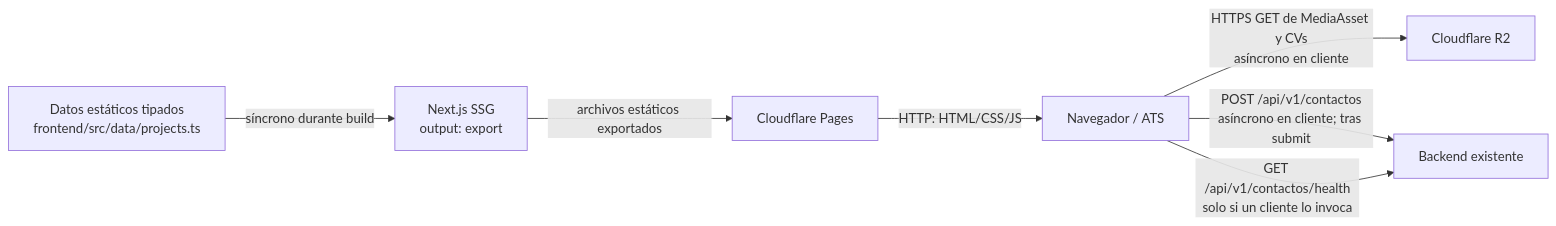
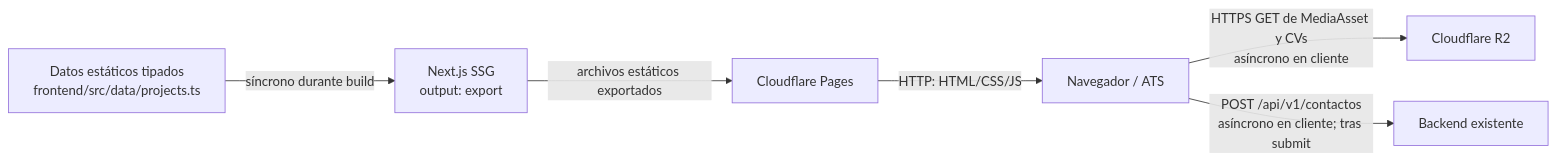
One commit to Alberto-Zompantzi/Portfolio changed the diagram in docs/architecture/ARCHITECTURE.md. Above: the diagram before and after it, drawn with Mermaid. The commit also changed other lines of this file and 3 other files, not shown here.

Commit message:
docs: add ADR-0004 for D-05 and freeze architecture baseline v1.0

````diff
--- a/docs/architecture/ARCHITECTURE.md
+++ b/docs/architecture/ARCHITECTURE.md
@@ -12,9 +13,8 @@
 ```mermaid
 flowchart LR
   D["Datos estáticos tipados<br/>frontend/src/data/projects.ts"] -->|"síncrono durante build"| N["Next.js SSG<br/>output: export"]
   N -->|"archivos estáticos exportados"| P["Cloudflare Pages"]
   P -->|"HTTP: HTML/CSS/JS"| U["Navegador / ATS"]
   U -->|"HTTPS GET de MediaAsset y CVs<br/>asíncrono en cliente"| R["Cloudflare R2"]
   U -->|"POST /api/v1/contactos<br/>asíncrono en cliente; tras submit"| B["Backend existente"]
-  U -->|"GET /api/v1/contactos/health<br/>solo si un cliente lo invoca"| B
 ```
````
